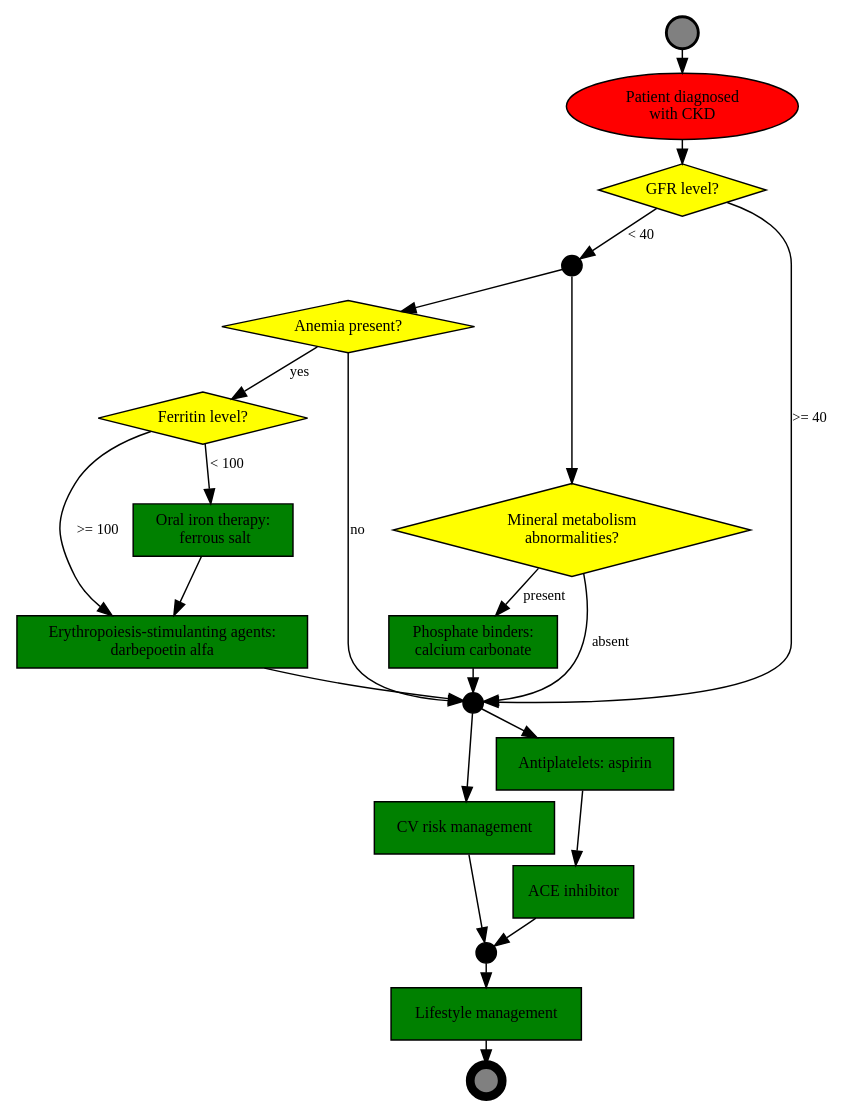
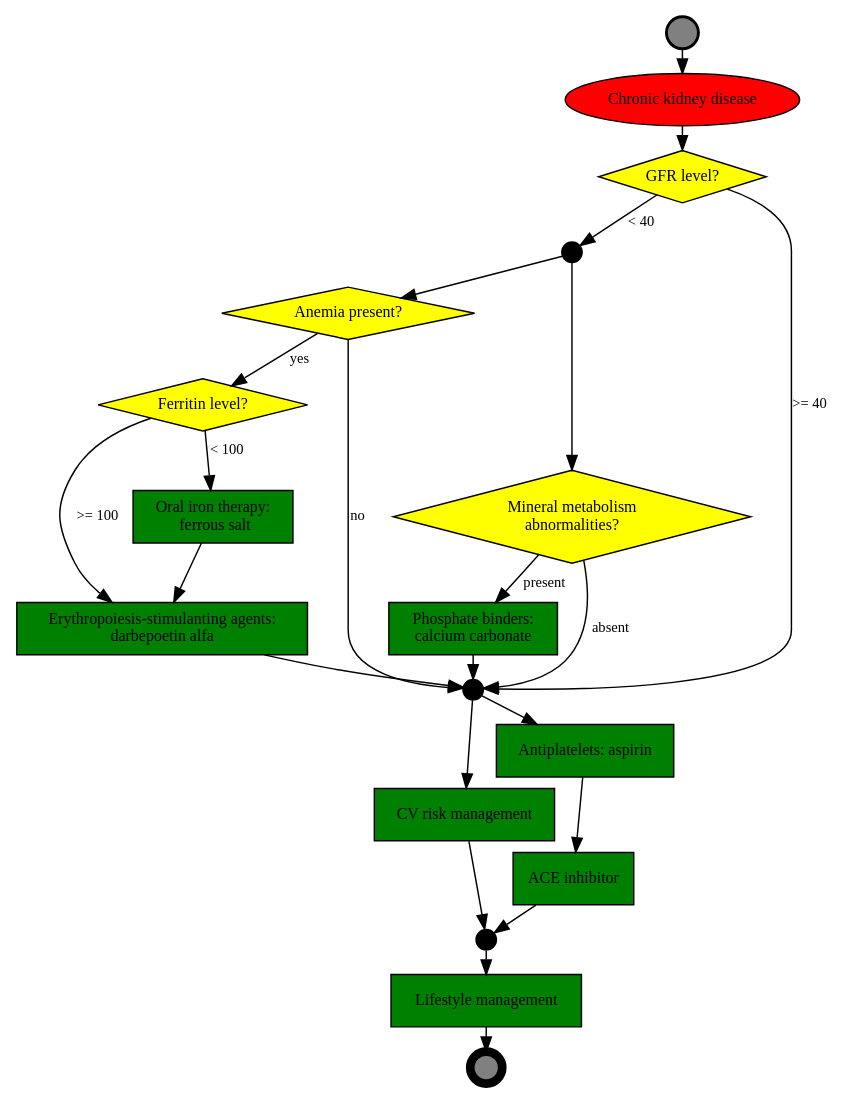
One commit to dradka/Program changed the diagram in algorytmy/ckd-simplified-ver-5.dot. Above: the diagram before and after it, drawn with Graphviz. The commit also changed 6 other files, not shown here.

```diff
--- a/algorytmy/ckd-simplified-ver-5.dot
+++ b/algorytmy/ckd-simplified-ver-5.dot
@@ -1,63 +1,63 @@
 // CKD - chronic kidney disease
 // simplfied for the AIME paper
 // version 6 -- customised for the pseudo-code representation
 
 digraph CKD {
 	ranksep=0.1;
 node [shape=box, style=filled, fillcolor=green, fontname=Calibri, fontsize=11];
 edge [fontname="Calibri Italic", fontsize=10];
 
 // Context
-c_ckd [label="Patient diagnosed \n with CKD", shape=oval, style=filled, fillcolor=red];
+c_ckd [label="Chronic kidney disease", shape=oval, style=filled, fillcolor=red];
 
 // Actions
 a_phosphate_binders [label="Phosphate binders:\n calcium carbonate"];
 a_cv_risk_management [label="CV risk management"];
 a_epo_agents [label="Erythropoiesis-stimulanting agents:\n darbepoetin alfa"];
 a_iron_therapy [label="Oral iron therapy: \n  ferrous salt"];
 a_antiplatelets [label="Antiplatelets: aspirin"];
 a_ace_inhibitors [label="ACE inhibitor"];
 a_lifestyle_management [label="Lifestyle management"];
 
 
 // Decisions
 d_gfr [shape=diamond, fillcolor=yellow, label="GFR level?"];
 d_anemia_present [shape=diamond, fillcolor=yellow, label="Anemia present?"];
 d_metabolism_anomalies_present [shape=diamond, fillcolor=yellow, label="Mineral metabolism \n abnormalities?"];
 d_iron_level [shape=diamond, fillcolor=yellow, label="Ferritin level?"];
 
 // Parallel gateways
 p1 [shape=circle, label="", width=0.2, fillcolor=black];
 p2 [shape=circle, label="", width=0.2, fillcolor=black];
 p3 [shape=circle, label="", width=0.2, fillcolor=black];
 
 // Event nodes
 e_start [shape=circle, label="", width=0.3, penwidth=2, fillcolor="gray"];
 e_end [shape=circle, label="", width=0.3, penwidth=6, fillcolor="gray"];
 
 
 // Arcs
 e_start -> c_ckd;
 c_ckd -> d_gfr;
 d_gfr -> p1 [label="< 40"];
 d_gfr -> p2 [label=">= 40"];
 p1 -> d_anemia_present;
 p1 -> d_metabolism_anomalies_present;
 d_anemia_present -> d_iron_level [label="yes"];
 d_anemia_present -> p2 [label = "no"];
 d_iron_level -> a_iron_therapy [label="< 100"];
 d_iron_level -> a_epo_agents [label=">= 100"];
 a_iron_therapy -> a_epo_agents;
 a_epo_agents -> p2;
 d_metabolism_anomalies_present -> a_phosphate_binders [label="present"];
 a_phosphate_binders -> p2;
 d_metabolism_anomalies_present -> p2 [label="absent"];
 
 p2 -> a_cv_risk_management;
 p2 -> a_antiplatelets;
 a_antiplatelets -> a_ace_inhibitors;
 a_cv_risk_management -> p3;
 a_ace_inhibitors -> p3;
 p3 -> a_lifestyle_management;
 a_lifestyle_management -> e_end;
 }
```
